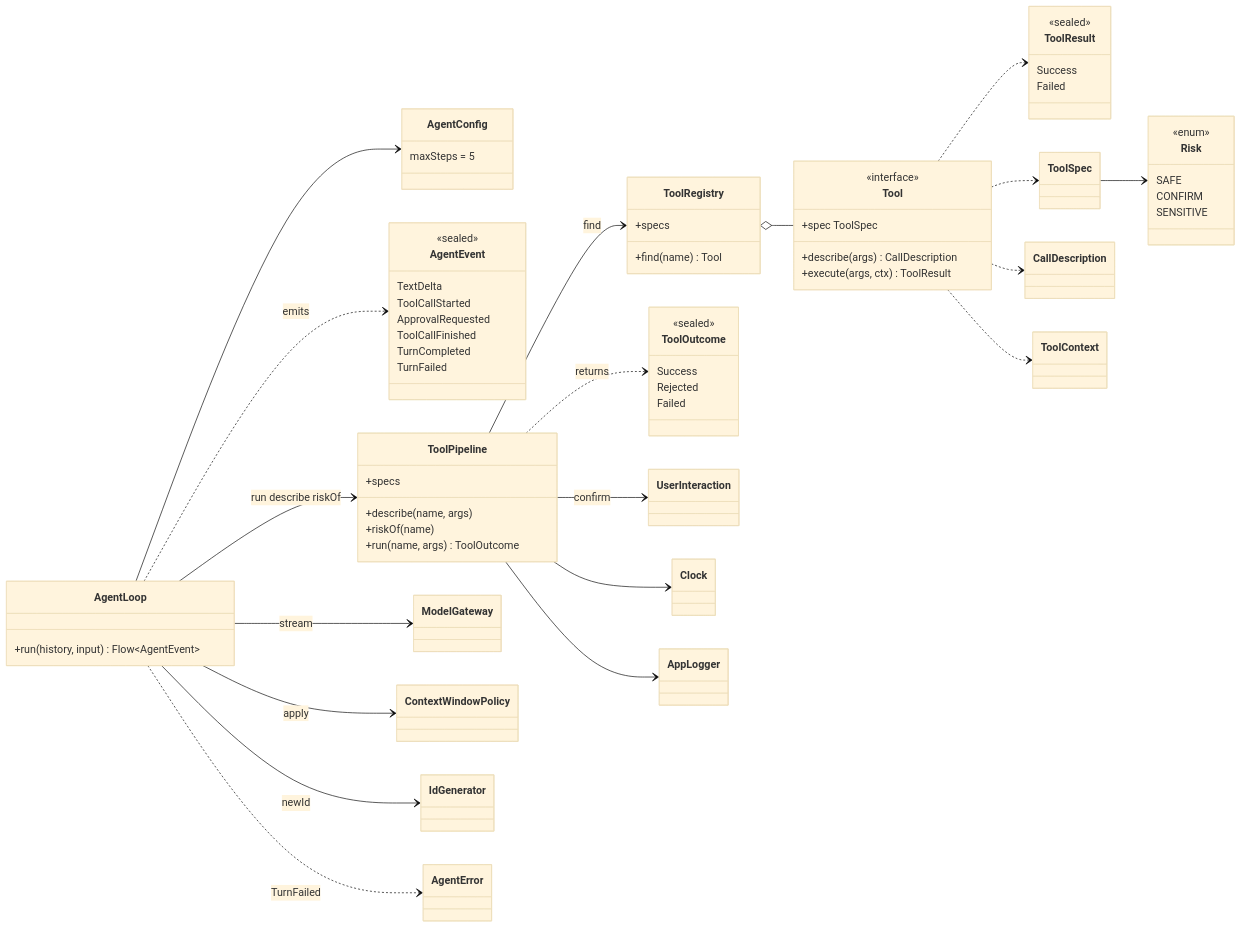
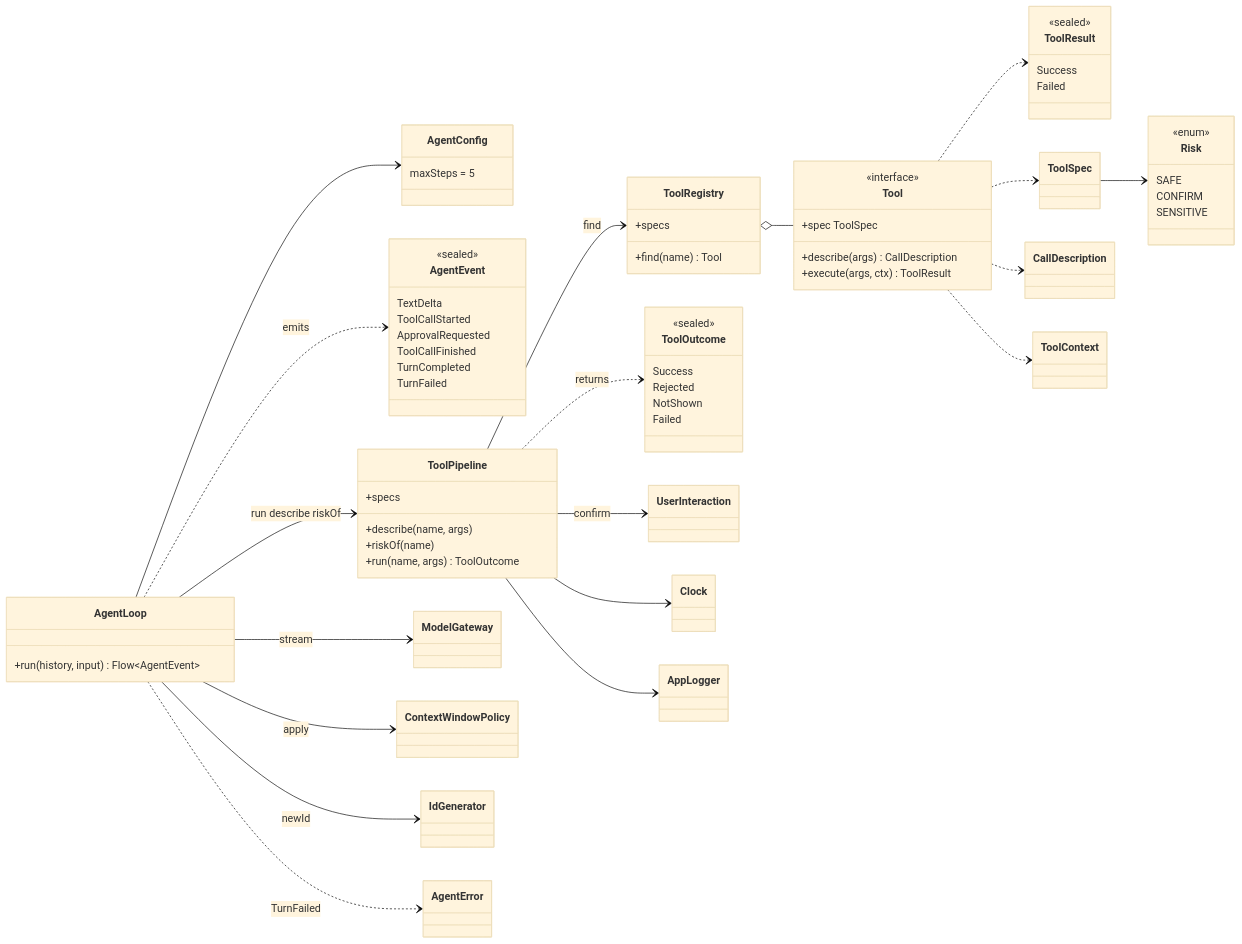
The first of 3 diagrams in docs/architecture/map-core-data.md (ValievM/phone-agent), drawn with Mermaid (base theme) before and after one commit. The commit also changed other lines of this file and 30 other files, not shown here.

Commit message:
Add handoff and not-shown card statuses (Refs #40)

````diff
--- a/docs/architecture/map-core-data.md
+++ b/docs/architecture/map-core-data.md
@@ -11,70 +11,71 @@
 ```mermaid
 classDiagram
 direction LR
 class AgentLoop {
   +run(history, input) Flow~AgentEvent~
 }
 class AgentConfig {
   maxSteps = 5
 }
 class AgentEvent {
   <<sealed>>
   TextDelta
   ToolCallStarted
   ApprovalRequested
   ToolCallFinished
   TurnCompleted
   TurnFailed
 }
 class ToolPipeline {
   +specs
   +describe(name, args)
   +riskOf(name)
   +run(name, args) ToolOutcome
 }
 class ToolRegistry {
   +specs
   +find(name) Tool
 }
 class Tool {
   <<interface>>
   +spec ToolSpec
   +describe(args) CallDescription
   +execute(args, ctx) ToolResult
 }
 class Risk {
   <<enum>>
   SAFE
   CONFIRM
   SENSITIVE
 }
 class ToolOutcome {
   <<sealed>>
   Success
   Rejected
+  NotShown
   Failed
 }
 class ToolResult {
   <<sealed>>
   Success
   Failed
 }
 AgentLoop --> ToolPipeline : run describe riskOf
 AgentLoop --> ModelGateway : stream
 AgentLoop --> ContextWindowPolicy : apply
 AgentLoop --> IdGenerator : newId
 AgentLoop --> AgentConfig
 AgentLoop ..> AgentEvent : emits
 AgentLoop ..> AgentError : TurnFailed
 ToolPipeline --> ToolRegistry : find
 ToolPipeline --> UserInteraction : confirm
 ToolPipeline --> Clock
 ToolPipeline --> AppLogger
 ToolPipeline ..> ToolOutcome : returns
 ToolRegistry o-- Tool
 Tool ..> ToolSpec
 ToolSpec --> Risk
 Tool ..> ToolResult
 Tool ..> CallDescription
 Tool ..> ToolContext
 ```
````
